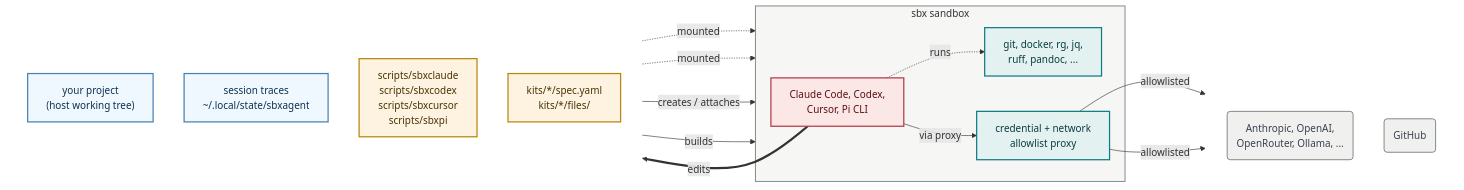
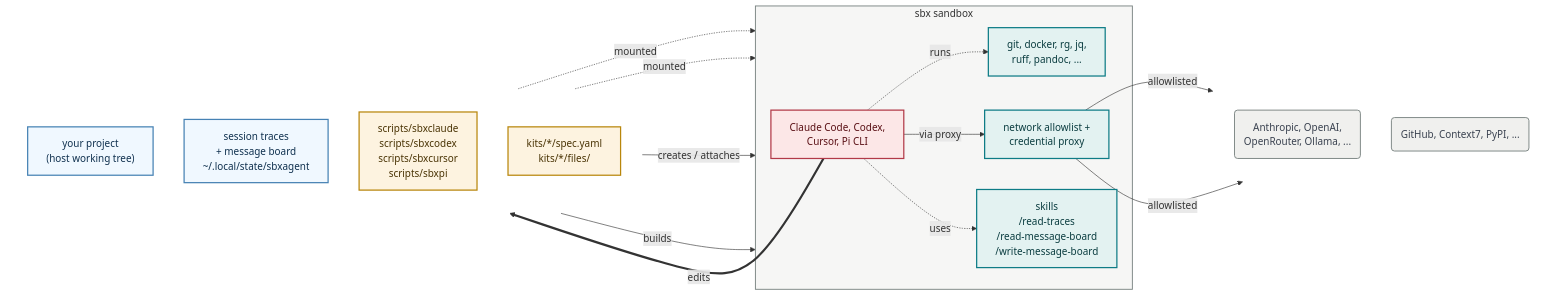
The diagram in README.md (lars20070/sbxagent), drawn with Mermaid before and after one commit. The commit also changed other lines of this file, not shown here.

Commit message:
Extend Mermaid diagram, add release badge

````diff
--- a/README.md
+++ b/README.md
@@ -16,45 +17,47 @@
 ```mermaid
 flowchart LR
   subgraph IN[" "]
     direction TB
     PROJ["your project<br/>(host working tree)"]
-    STATE["session traces<br/>~/.local/state/sbxagent"]
+    STATE["session traces<br> + message board<br/>~/.local/state/sbxagent"]
     DRV["scripts/sbxclaude<br/>scripts/sbxcodex<br/>scripts/sbxcursor<br/>scripts/sbxpi"]
     KIT["kits/*/spec.yaml<br/>kits/*/files/"]
   end
 
   subgraph VM["sbx sandbox"]
     AGENT["Claude Code, Codex,<br/>Cursor, Pi CLI"]
     TOOLS["git, docker, rg, jq,<br/>ruff, pandoc, ..."]
-    PROXY["credential + network<br/>allowlist proxy"]
+    PROXY["network allowlist +<br/>credential proxy"]
+    SKILLS["skills<br>/read-traces<br>/read-message-board<br>/write-message-board"]
   end
 
   subgraph NET[" "]
     direction TB
     LLM("Anthropic, OpenAI, <br/>OpenRouter, Ollama, ...")
-    GH("GitHub")
+    GH("GitHub, Context7, PyPI, ...")
   end
 
   PROJ -.->|"mounted"| VM
   STATE -.->|"mounted"| VM
   DRV -->|"creates / attaches"| VM
   KIT -->|"builds"| VM
   AGENT -.->|"runs"| TOOLS
   AGENT -->|"via proxy"| PROXY
+  AGENT -.->|"uses"| SKILLS
   PROXY -->|"allowlisted"| LLM & GH
   AGENT ==>|"edits"| PROJ
 
   classDef data    fill:aliceblue,stroke:steelblue,stroke-width:2px,color:#10314F
   classDef host    fill:#FDF3E0,stroke:#B8860B,stroke-width:2px,color:#4A3405
   classDef helper  fill:#E3F2F1,stroke:#0E7C86,stroke-width:2px,color:#0B3D40
   classDef agent   fill:#FCE7E7,stroke:#B23A48,stroke-width:2px,color:#5A1015
   classDef ext     fill:#F0F0EE,stroke:#7A8482,stroke-width:1.5px,color:#3A4250
   class PROJ,STATE data
   class KIT,DRV host
-  class TOOLS,PROXY helper
+  class TOOLS,PROXY,SKILLS helper
   class AGENT agent
   class GH,LLM ext
   style VM fill:#F6F6F5,stroke:#7A8482,stroke-width:1.5px
   style IN fill:none,stroke:none
   style NET fill:none,stroke:none
 ```
````
